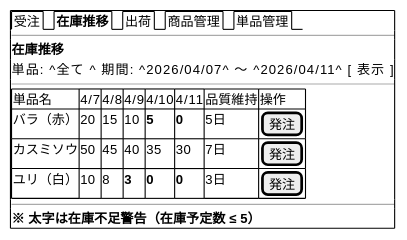
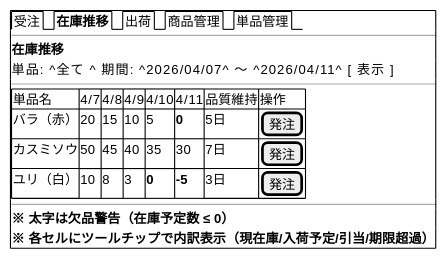
The fourth of 5 diagrams in docs/development/iteration_plan-3.md (k2works/case-study-sdd-development), drawn with PlantUML before and after one commit. The commit also changed other lines of this file, not shown here.

````diff
--- a/docs/development/iteration_plan-3.md
+++ b/docs/development/iteration_plan-3.md
@@ -317,19 +319,20 @@
 ```plantuml
 @startsalt
 {+
   {/ 受注 | <b>在庫推移</b> | 出荷 | 商品管理 | 単品管理 }
   ---
   <b>在庫推移
   単品: ^全て         ^  期間: ^2026/04/07^ 〜 ^2026/04/11^  [ 表示 ]
   ---
   {#
     単品名 | 4/7 | 4/8 | 4/9 | 4/10 | 4/11 | 品質維持 | 操作
-    バラ（赤） | 20 | 15 | 10 | <b>5</b> | <b>0</b> | 5日 | [ 発注 ]
+    バラ（赤） | 20 | 15 | 10 | 5 | <b>0</b> | 5日 | [ 発注 ]
     カスミソウ | 50 | 45 | 40 | 35 | 30 | 7日 | [ 発注 ]
-    ユリ（白） | 10 | 8 | <b>3</b> | <b>0</b> | <b>0</b> | 3日 | [ 発注 ]
+    ユリ（白） | 10 | 8 | 3 | <b>0</b> | <b>-5</b> | 3日 | [ 発注 ]
   }
   ---
-  <b>※ 太字は在庫不足警告（在庫予定数 ≤ 5）
+  <b>※ 太字は欠品警告（在庫予定数 ≤ 0）
+  <b>※ 各セルにツールチップで内訳表示（現在庫/入荷予定/引当/期限超過）
 }
 @endsalt
 ```
````
